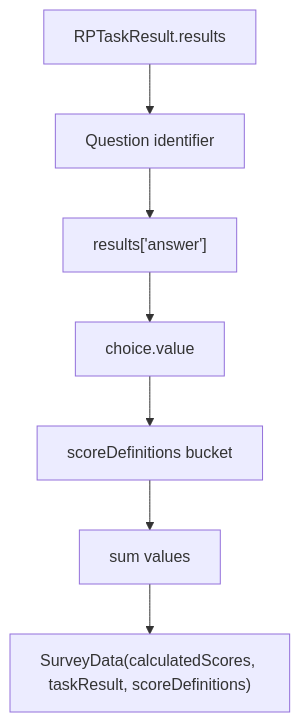
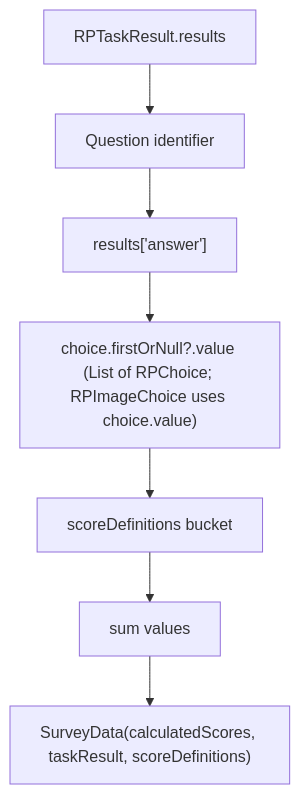
One commit to matthiasn/lotti changed the third of 3 diagrams in lib/features/surveys/README.md. Above: the diagram before and after it, drawn with Mermaid. The commit also changed 43 other files, not shown here.

````diff
--- a/lib/features/surveys/README.md
+++ b/lib/features/surveys/README.md
@@ -111,9 +111,9 @@
 ```mermaid
 flowchart TD
   TaskResult["RPTaskResult.results"] --> Question["Question identifier"]
   Question --> Answer["results['answer']"]
-  Answer --> Value["choice.value"]
+  Answer --> Value["choice.firstOrNull?.value (List of RPChoice; RPImageChoice uses choice.value)"]
   Value --> Bucket["scoreDefinitions bucket"]
   Bucket --> Sum["sum values"]
   Sum --> SurveyData["SurveyData(calculatedScores, taskResult, scoreDefinitions)"]
 ```
````
